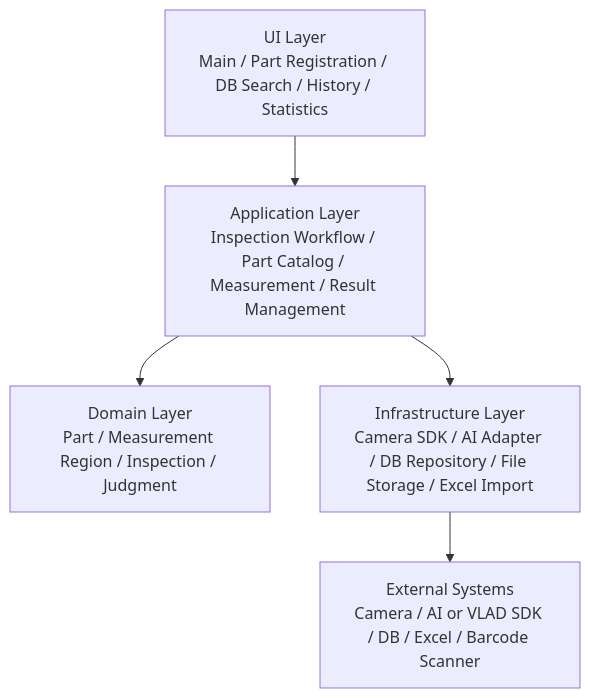
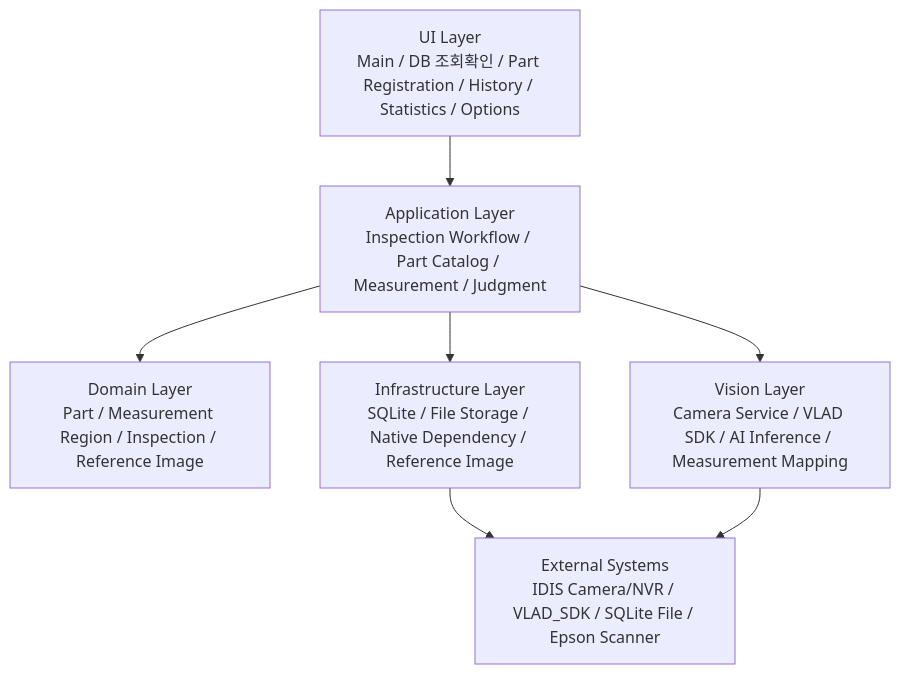
The first of 3 diagrams in Docs/02-design/architecture.md (bbuasong/AI-Vision-IO-Inspector), drawn with Mermaid before and after one commit. The commit also changed other lines of this file and 97 other files, not shown here.

Commit message:
Implement staged reference image and measurement workflow

````diff
--- a/Docs/02-design/architecture.md
+++ b/Docs/02-design/architecture.md
@@ -10,13 +9,16 @@
 ```mermaid
 flowchart TB
-  UI["UI Layer<br>Main / Part Registration / DB Search / History / Statistics"]
-  APP["Application Layer<br>Inspection Workflow / Part Catalog / Measurement / Result Management"]
-  DOMAIN["Domain Layer<br>Part / Measurement Region / Inspection / Judgment"]
-  INFRA["Infrastructure Layer<br>Camera SDK / AI Adapter / DB Repository / File Storage / Excel Import"]
-  EXT["External Systems<br>Camera / AI or VLAD SDK / DB / Excel / Barcode Scanner"]
+  UI["UI Layer<br>Main / DB 조회확인 / Part Registration / History / Statistics / Options"]
+  APP["Application Layer<br>Inspection Workflow / Part Catalog / Measurement / Judgment"]
+  DOMAIN["Domain Layer<br>Part / Measurement Region / Inspection / Reference Image"]
+  INFRA["Infrastructure Layer<br>SQLite / File Storage / Native Dependency / Reference Image"]
+  VISION["Vision Layer<br>Camera Service / VLAD SDK / AI Inference / Measurement Mapping"]
+  EXT["External Systems<br>IDIS Camera/NVR / VLAD_SDK / SQLite File / Epson Scanner"]
 
   UI --> APP
   APP --> DOMAIN
   APP --> INFRA
+  APP --> VISION
   INFRA --> EXT
+  VISION --> EXT
 ```
````
